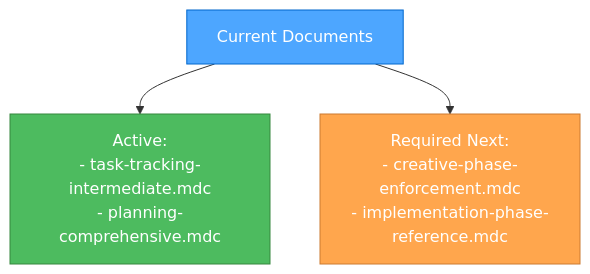
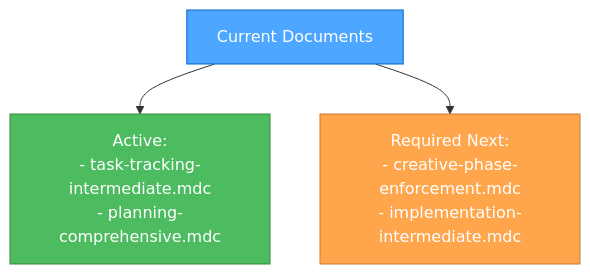
One commit to Texarkanine/.cursor-rules changed the fourth of 4 diagrams in rulesets/niko/niko/Level3/task-tracking-intermediate.mdc. Above: the diagram before and after it, drawn with Mermaid.

Commit message:
fix: correct broken reference to implementation-intermediate.mdc
Changed implementation-phase-reference.mdc (non-existent) to
implementation-intermediate.mdc in task-tracking-intermediate.mdc

````diff
--- a/rulesets/niko/niko/Level3/task-tracking-intermediate.mdc
+++ b/rulesets/niko/niko/Level3/task-tracking-intermediate.mdc
@@ -127,9 +127,9 @@
 ```mermaid
 graph TD
     Current["Current Documents"] --> Active["Active:<br>- task-tracking-intermediate.mdc<br>- planning-comprehensive.mdc"]
-    Current --> Required["Required Next:<br>- creative-phase-enforcement.mdc<br>- implementation-phase-reference.mdc"]
+    Current --> Required["Required Next:<br>- creative-phase-enforcement.mdc<br>- implementation-intermediate.mdc"]
     
     style Current fill:#4da6ff,stroke:#0066cc,color:white
     style Active fill:#4dbb5f,stroke:#36873f,color:white
     style Required fill:#ffa64d,stroke:#cc7a30,color:white
 ``` 
````
